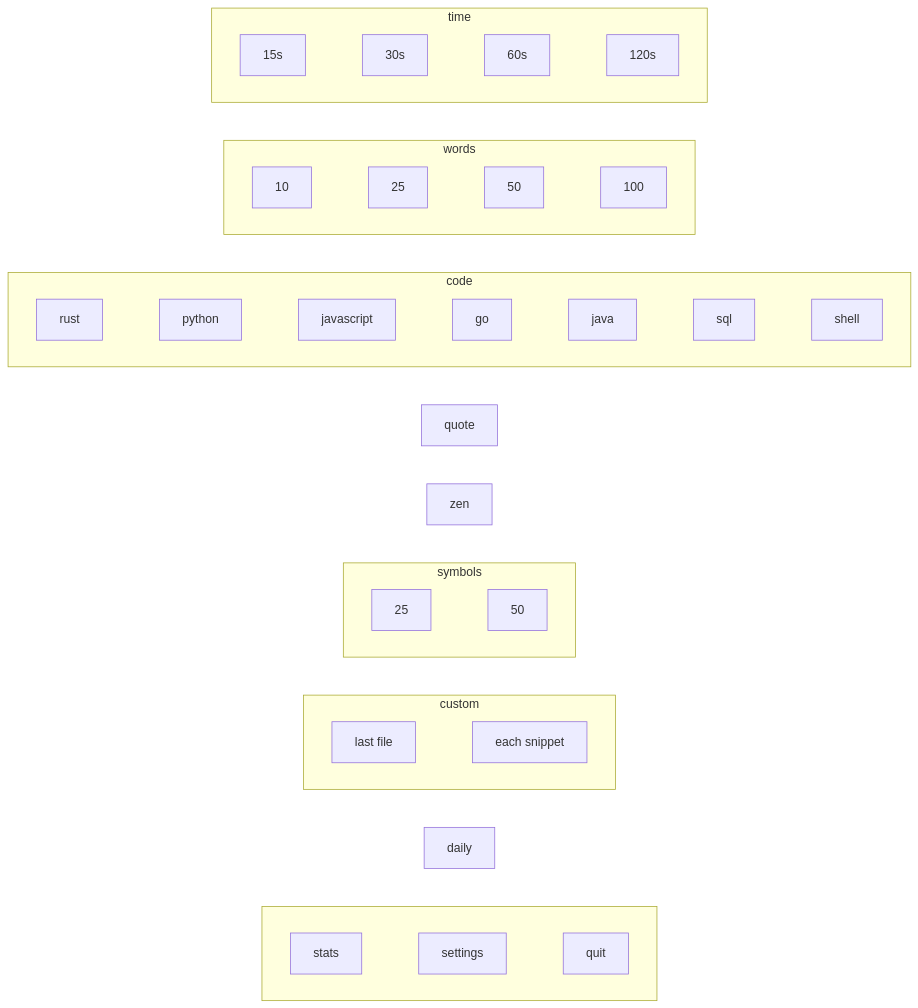
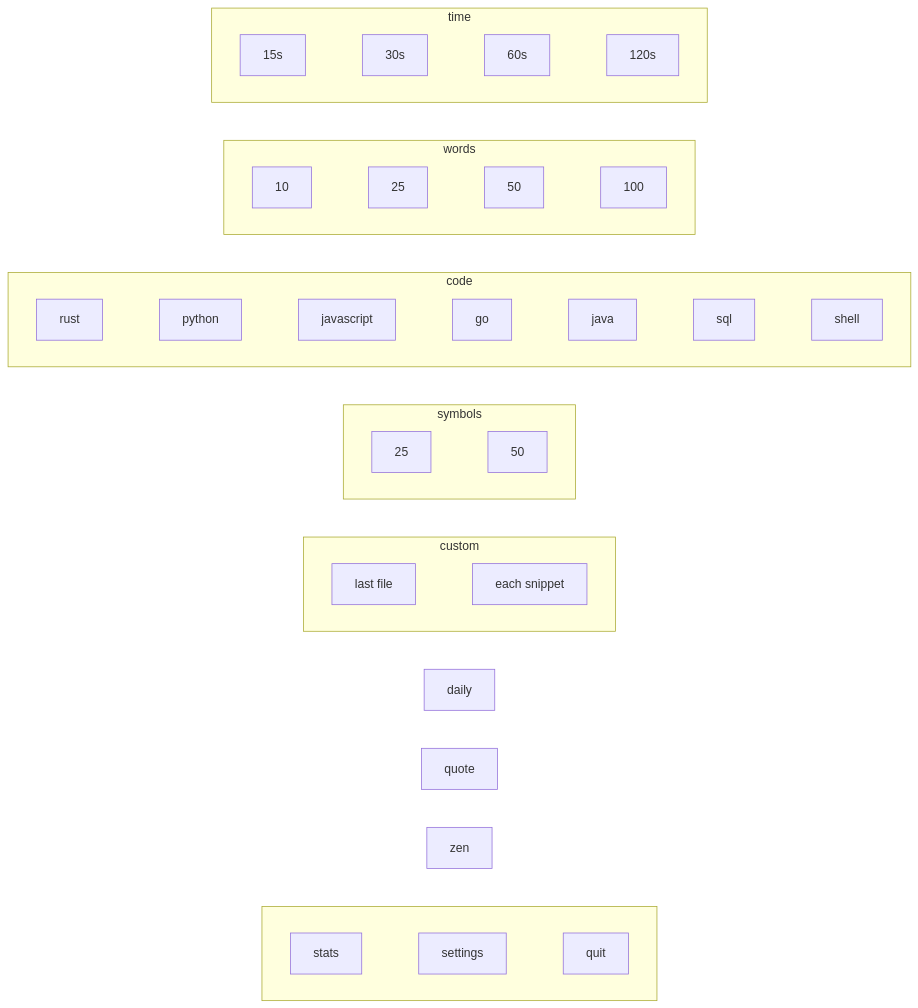
The first of 2 diagrams in docs/USAGE.md (withrvr/typerush), drawn with Mermaid before and after one commit. The commit also changed other lines of this file and 7 other files, not shown here.

````diff
--- a/docs/USAGE.md
+++ b/docs/USAGE.md
@@ -187,28 +188,28 @@
 ```mermaid
 flowchart TD
     subgraph time
         direction LR
         t15[15s] ~~~ t30[30s] ~~~ t60[60s] ~~~ t120[120s]
     end
     subgraph words
         direction LR
         w10[10] ~~~ w25[25] ~~~ w50[50] ~~~ w100[100]
     end
     subgraph code
         direction LR
         rust ~~~ python ~~~ javascript ~~~ go ~~~ java ~~~ sql ~~~ shell
     end
     subgraph symbols
         direction LR
         s25[25] ~~~ s50[50]
     end
     subgraph custom
         direction LR
         last["last file"] ~~~ snip["each snippet"]
     end
     subgraph app[" "]
         direction LR
         stats ~~~ settings ~~~ quit
     end
-    time ~~~ words ~~~ code ~~~ quote ~~~ zen ~~~ symbols ~~~ custom ~~~ daily ~~~ app
+    time ~~~ words ~~~ code ~~~ symbols ~~~ custom ~~~ daily ~~~ quote ~~~ zen ~~~ app
 ```
````
